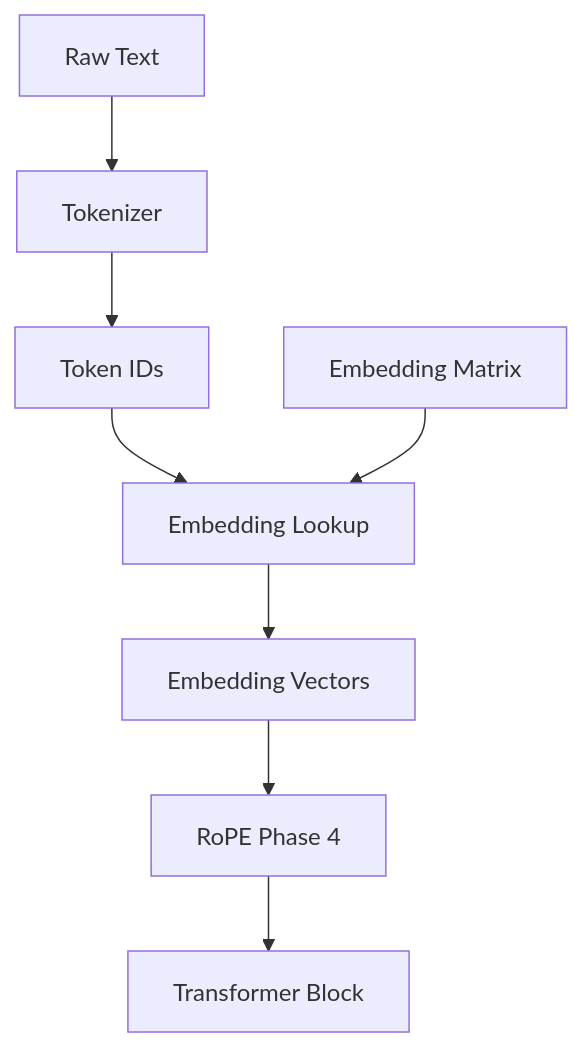
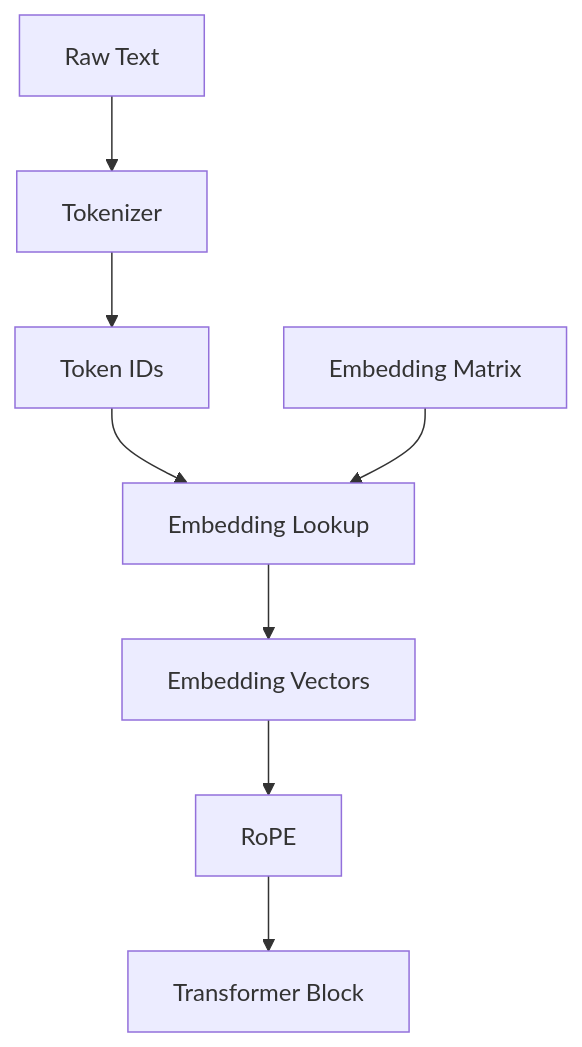
Before and after one commit to 404khai/odyssey: the diagram in README.md, drawn with Mermaid. The commit also changed other lines of this file and 38 other files, not shown here.

````diff
--- a/README.md
+++ b/README.md
@@ -38,10 +39,10 @@
 ```mermaid
 flowchart TD
     RawText[Raw Text] --> Tokenizer
     Tokenizer --> TokenIDs[Token IDs]
     TokenIDs --> EmbeddingLookup[Embedding Lookup]
     EmbeddingMatrix[Embedding Matrix] --> EmbeddingLookup
     EmbeddingLookup --> Vectors[Embedding Vectors]
-    Vectors --> RoPE[RoPE Phase 4]
+    Vectors --> RoPE[RoPE]
     RoPE --> TransformerBlock[Transformer Block]
 ```
````
